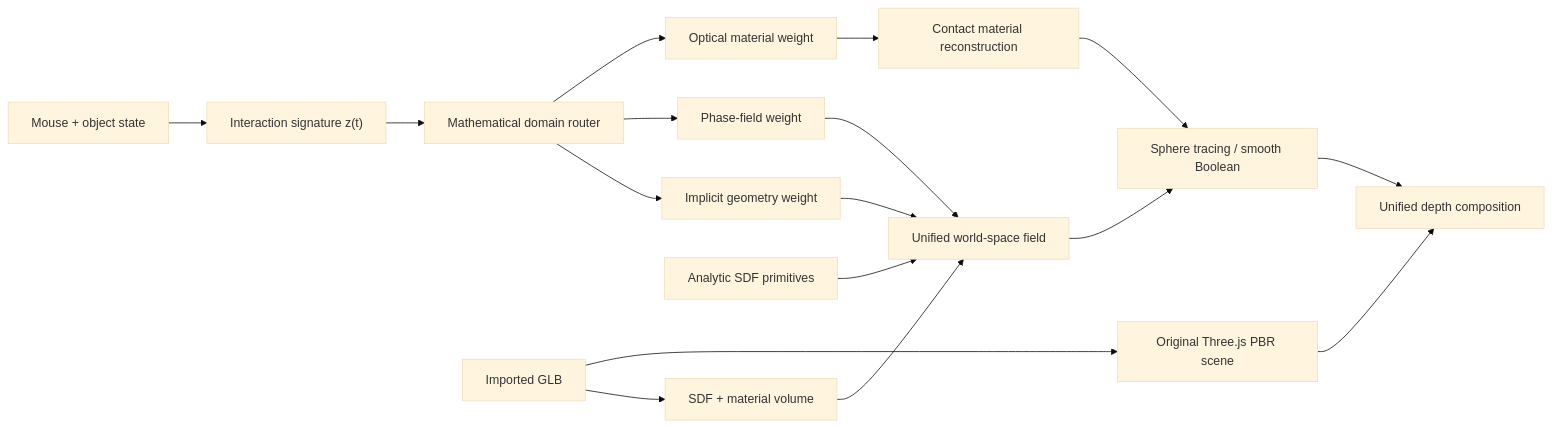
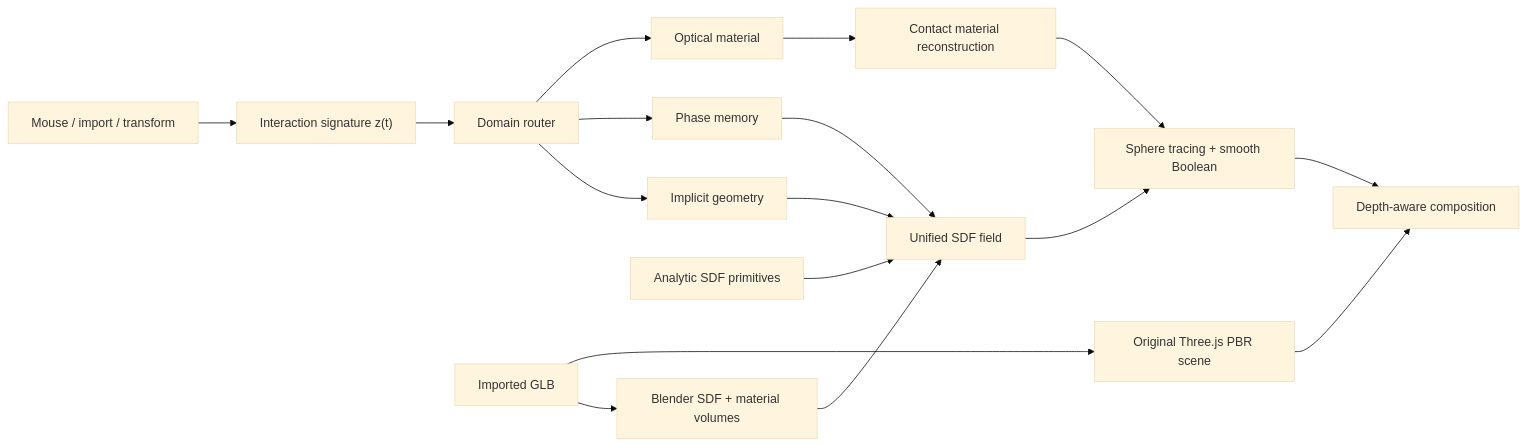
The diagram in README.md (hippoley/meltmesh), drawn with Mermaid (base theme) before and after one commit. The commit also changed other lines of this file, not shown here.

````diff
--- a/README.md
+++ b/README.md
@@ -154,19 +183,22 @@
 ```mermaid
 flowchart LR
-    I["Mouse + object state"] --> Z["Interaction signature z(t)"]
-    Z --> R["Mathematical domain router"]
-    R --> G["Implicit geometry weight"]
-    R --> P["Phase-field weight"]
-    R --> O["Optical material weight"]
-    A["Analytic SDF primitives"] --> V["Unified world-space field"]
-    B["Imported GLB"] --> C["SDF + material volume"]
-    C --> V
-    G --> V
-    P --> V
+    U["Mouse / import / transform"] --> Z["Interaction signature z(t)"]
+    Z --> R["Domain router"]
+    R --> G["Implicit geometry"]
+    R --> P["Phase memory"]
+    R --> O["Optical material"]
+
+    A["Analytic SDF primitives"] --> F["Unified SDF field"]
+    B["Imported GLB"] --> C["Blender SDF + material volumes"]
+    C --> F
+
+    G --> F
+    P --> F
     O --> M["Contact material reconstruction"]
-    V --> S["Sphere tracing / smooth Boolean"]
+
+    F --> S["Sphere tracing + smooth Boolean"]
     M --> S
     B --> T["Original Three.js PBR scene"]
-    S --> D["Unified depth composition"]
+    S --> D["Depth-aware composition"]
     T --> D
 ```
````
